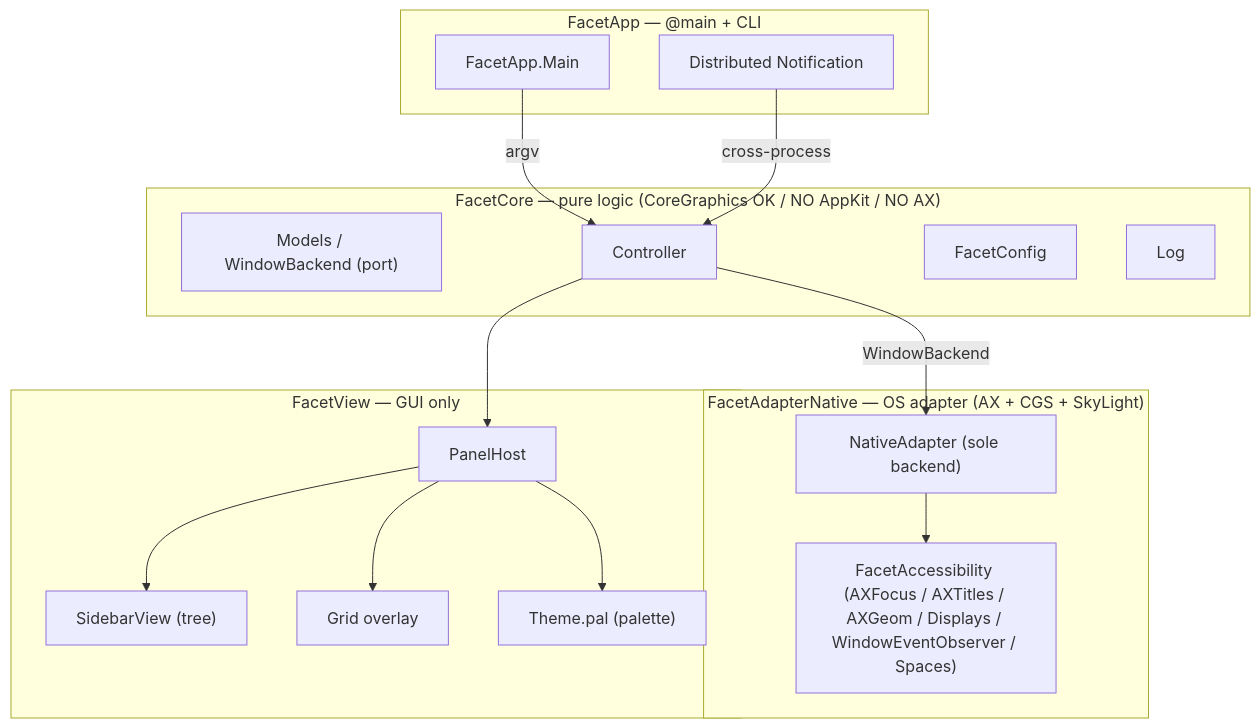
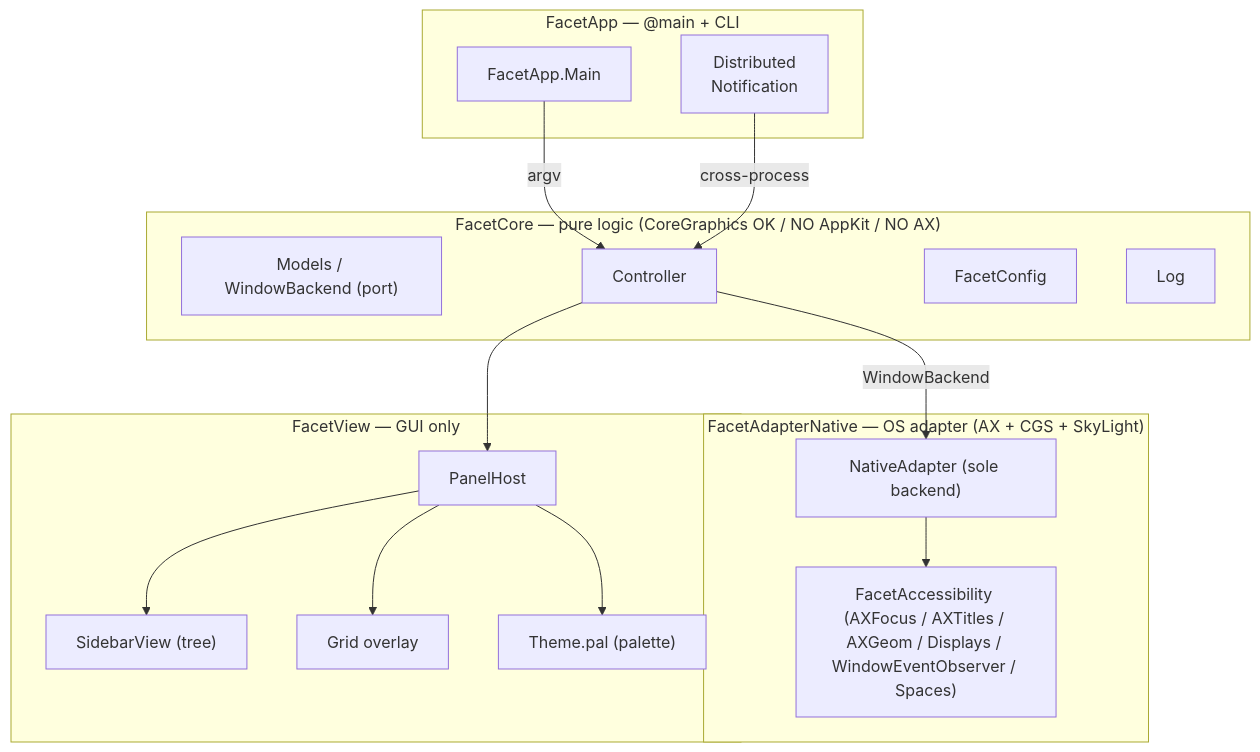
Before and after one commit to akira-toriyama/facet: the diagram in docs/glossary.md, drawn with Mermaid.

Commit message:
:memo: docs(glossary): wrap 'Distributed Notification' label in mermaid
DNC ノードのテキスト幅が viewer 描画時にギリギリで末尾の 'n' が切れて見える
ケースがあった。明示的に <br/> で 2 行ラップ。

````diff
--- a/docs/glossary.md
+++ b/docs/glossary.md
@@ -33,31 +33,31 @@
 ```mermaid
 flowchart TB
   subgraph CORE["FacetCore — pure logic (CoreGraphics OK / NO AppKit / NO AX)"]
     MODELS["Models / WindowBackend (port)"]
     CTRL["Controller"]
     CONFIG["FacetConfig"]
     LOG["Log"]
   end
   subgraph ADAPTER["FacetAdapterNative — OS adapter (AX + CGS + SkyLight)"]
     NATIVE["NativeAdapter (sole backend)"]
     AXHELPERS["FacetAccessibility (AXFocus / AXTitles / AXGeom / Displays / WindowEventObserver / Spaces)"]
   end
   subgraph VIEW["FacetView — GUI only"]
     PANELHOST["PanelHost"]
     SIDEBAR["SidebarView (tree)"]
     GRID["Grid overlay"]
     THEME["Theme.pal (palette)"]
   end
   subgraph APP["FacetApp — @main + CLI"]
     MAIN["FacetApp.Main"]
-    DNC["Distributed Notification"]
+    DNC["Distributed<br/>Notification"]
   end
   MAIN -->|argv| CTRL
   DNC -->|cross-process| CTRL
   CTRL -->|WindowBackend| NATIVE
   NATIVE --> AXHELPERS
   CTRL --> PANELHOST
   PANELHOST --> SIDEBAR
   PANELHOST --> GRID
   PANELHOST --> THEME
 ```
````
